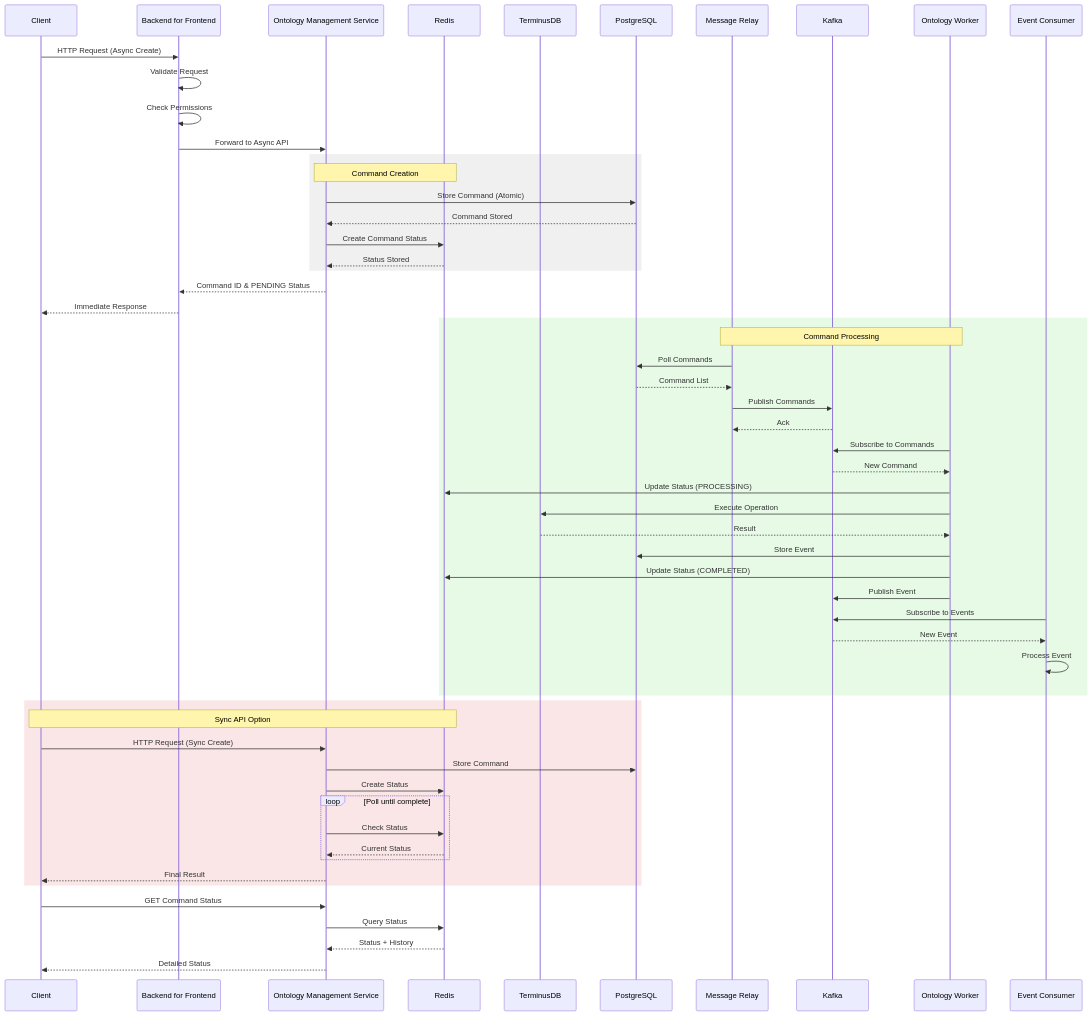
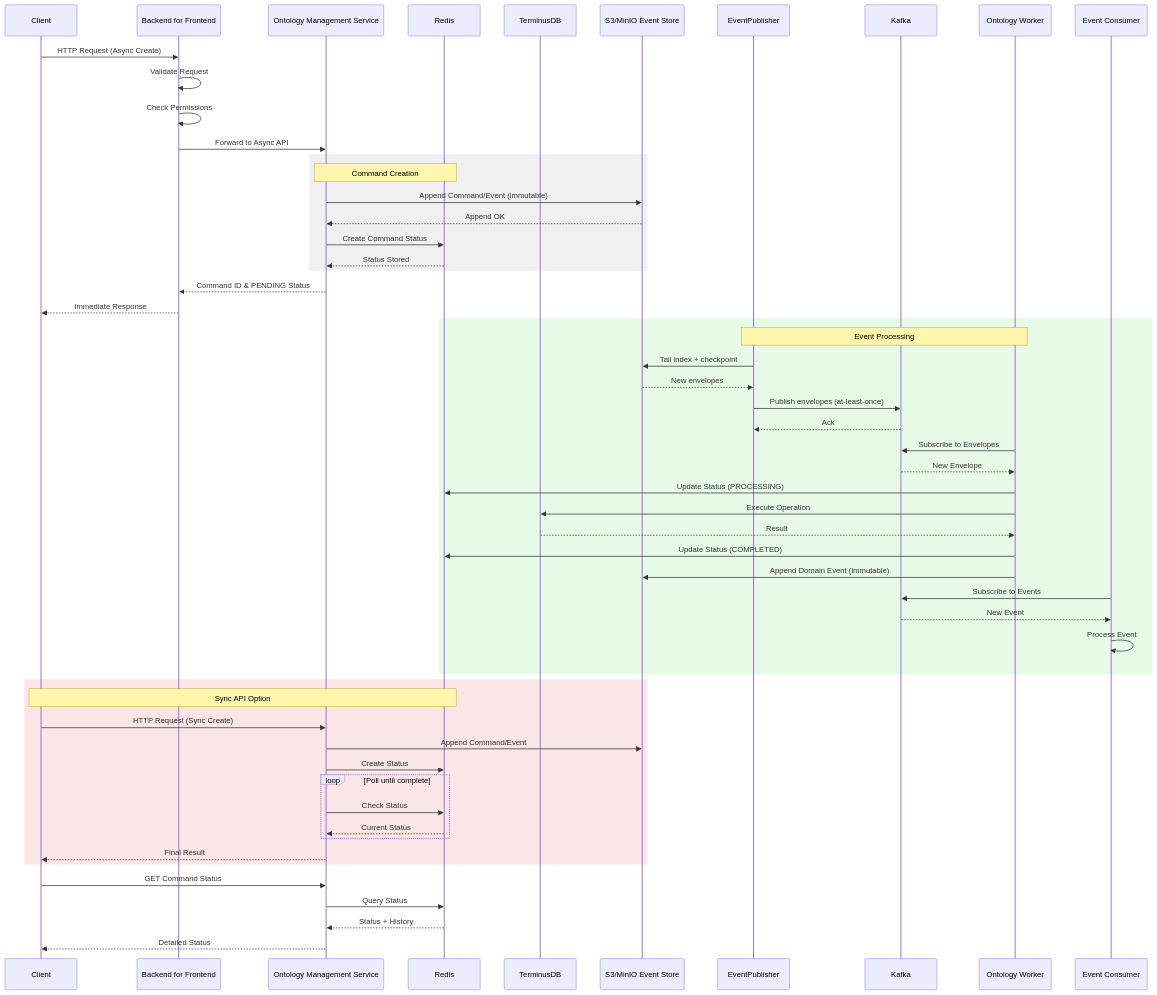
The third of 3 diagrams in docs/architecture/README.md (ludia8888/SPICE-Harvester), drawn with Mermaid before and after one commit. The commit also changed other lines of this file and 341 other files, not shown here.

````diff
--- a/docs/architecture/README.md
+++ b/docs/architecture/README.md
@@ -323,76 +326,75 @@
 ```mermaid
 sequenceDiagram
-    %% Service Interaction Flow with Outbox Pattern
+    %% Service Interaction Flow (Event Store + Kafka)
     
     participant Client
     participant BFF as Backend for Frontend
     participant OMS as Ontology Management Service
     participant Redis
     participant DB as TerminusDB
-    participant PG as PostgreSQL
-    participant Relay as Message Relay
+    participant S3 as S3/MinIO Event Store
+    participant Publisher as EventPublisher
     participant Kafka
     participant Worker as Ontology Worker
     participant Consumer as Event Consumer
     
     %% Async API Flow with Command/Event Sourcing
     Client->>BFF: HTTP Request (Async Create)
     BFF->>BFF: Validate Request
     BFF->>BFF: Check Permissions
     
     BFF->>OMS: Forward to Async API
     
     rect rgb(240, 240, 240)
         Note over OMS,Redis: Command Creation
-        OMS->>PG: Store Command (Atomic)
-        PG-->>OMS: Command Stored
+        OMS->>S3: Append Command/Event (immutable)
+        S3-->>OMS: Append OK
         OMS->>Redis: Create Command Status
         Redis-->>OMS: Status Stored
     end
     
     OMS-->>BFF: Command ID & PENDING Status
     BFF-->>Client: Immediate Response
     
     %% Asynchronous Processing Flow
     rect rgb(230, 250, 230)
-        Note over Relay,Worker: Command Processing
-        Relay->>PG: Poll Commands
-        PG-->>Relay: Command List
-        Relay->>Kafka: Publish Commands
-        Kafka-->>Relay: Ack
+        Note over Publisher,Worker: Event Processing
+        Publisher->>S3: Tail index + checkpoint
+        S3-->>Publisher: New envelopes
+        Publisher->>Kafka: Publish envelopes (at-least-once)
+        Kafka-->>Publisher: Ack
         
-        Worker->>Kafka: Subscribe to Commands
-        Kafka-->>Worker: New Command
+        Worker->>Kafka: Subscribe to Envelopes
+        Kafka-->>Worker: New Envelope
         Worker->>Redis: Update Status (PROCESSING)
         Worker->>DB: Execute Operation
         DB-->>Worker: Result
-        Worker->>PG: Store Event
         Worker->>Redis: Update Status (COMPLETED)
-        Worker->>Kafka: Publish Event
+        Worker->>S3: Append Domain Event (immutable)
         
         Consumer->>Kafka: Subscribe to Events
         Kafka-->>Consumer: New Event
         Consumer->>Consumer: Process Event
     end
     
     %% Sync API Flow with Polling
     rect rgb(250, 230, 230)
         Note over Client,Redis: Sync API Option
         Client->>OMS: HTTP Request (Sync Create)
-        OMS->>PG: Store Command
+        OMS->>S3: Append Command/Event
         OMS->>Redis: Create Status
         
         loop Poll until complete
             OMS->>Redis: Check Status
             Redis-->>OMS: Current Status
         end
         
         OMS-->>Client: Final Result
     end
     
     %% Status Check Flow
     Client->>OMS: GET Command Status
     OMS->>Redis: Query Status
     Redis-->>OMS: Status + History
     OMS-->>Client: Detailed Status
 ```
````
